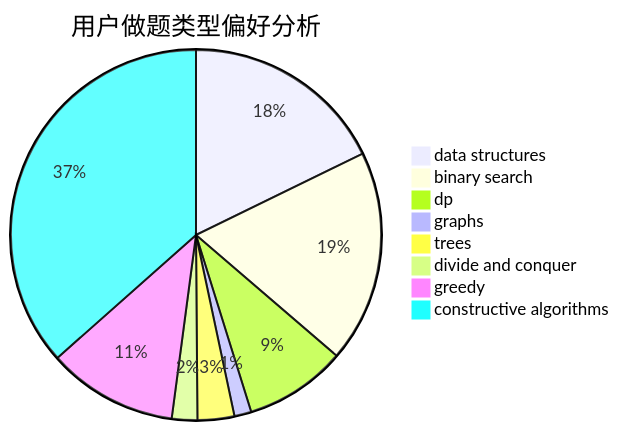
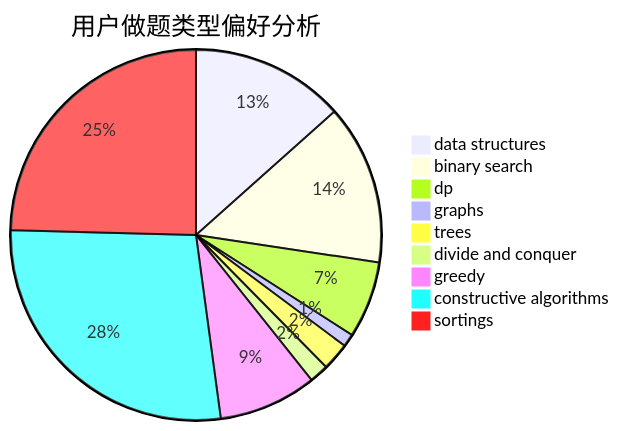
The second of 3 diagrams in docs/user/u243.md (sherpahu/cfrs.github.io), drawn with Mermaid before and after one commit. The commit also changed other lines of this file and 2769 other files, not shown here.

````diff
--- a/docs/user/u243.md
+++ b/docs/user/u243.md
@@ -23,11 +18,12 @@
 ```mermaid
 pie title 用户做题类型偏好分析
     "data structures" :  72
     "binary search" :  75
     "dp" :  36
     "graphs" :  6
     "trees" :  13
     "divide and conquer" :  9
     "greedy" :  46
     "constructive algorithms" :  148
+    "sortings" :  132
 ```
````
